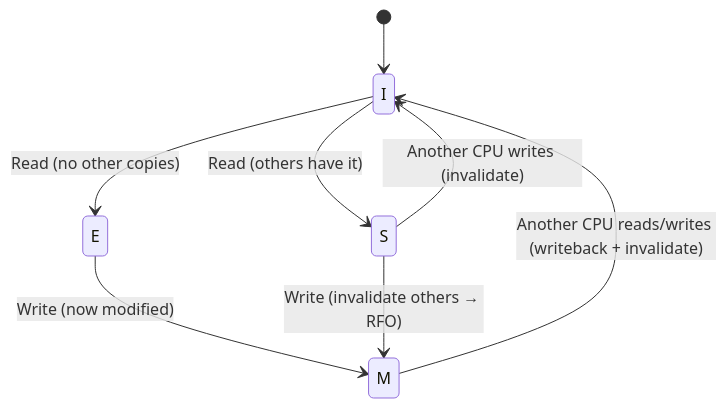
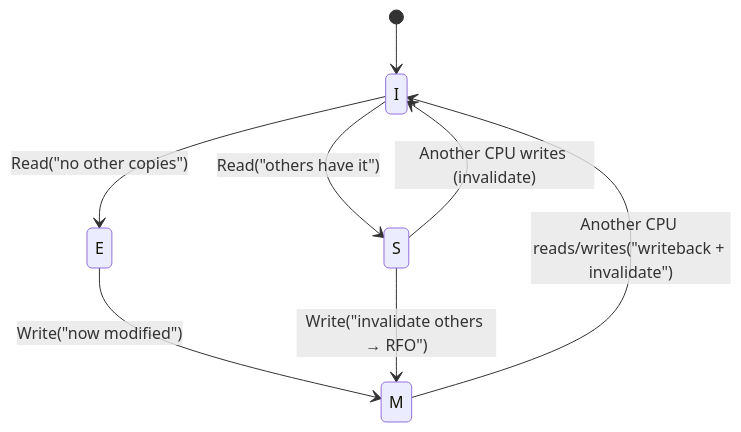
One commit to pploc/swe-icon-the-moment changed the first of 2 diagrams in content/questions/fundamentals/cache-coherence-mesi.md. Above: the diagram before and after it, drawn with Mermaid. The commit also changed other lines of this file and 167 other files, not shown here.

````diff
--- a/content/questions/fundamentals/cache-coherence-mesi.md
+++ b/content/questions/fundamentals/cache-coherence-mesi.md
@@ -27,10 +27,11 @@
 ```mermaid
 stateDiagram-v2
     [*] --> I
-    I --> E: Read (no other copies)
-    I --> S: Read (others have it)
-    E --> M: Write (now modified)
-    S --> M: Write (invalidate others → RFO)
-    M --> I: Another CPU reads/writes (writeback + invalidate)
+    I --> E: Read("no other copies")
+    I --> S: Read("others have it")
+    E --> M: Write("now modified")
+    S --> M: Write("invalidate others → RFO")
+    M --> I: Another CPU reads/writes("writeback + invalidate")
     S --> I: Another CPU writes (invalidate)
+
 ```
````
